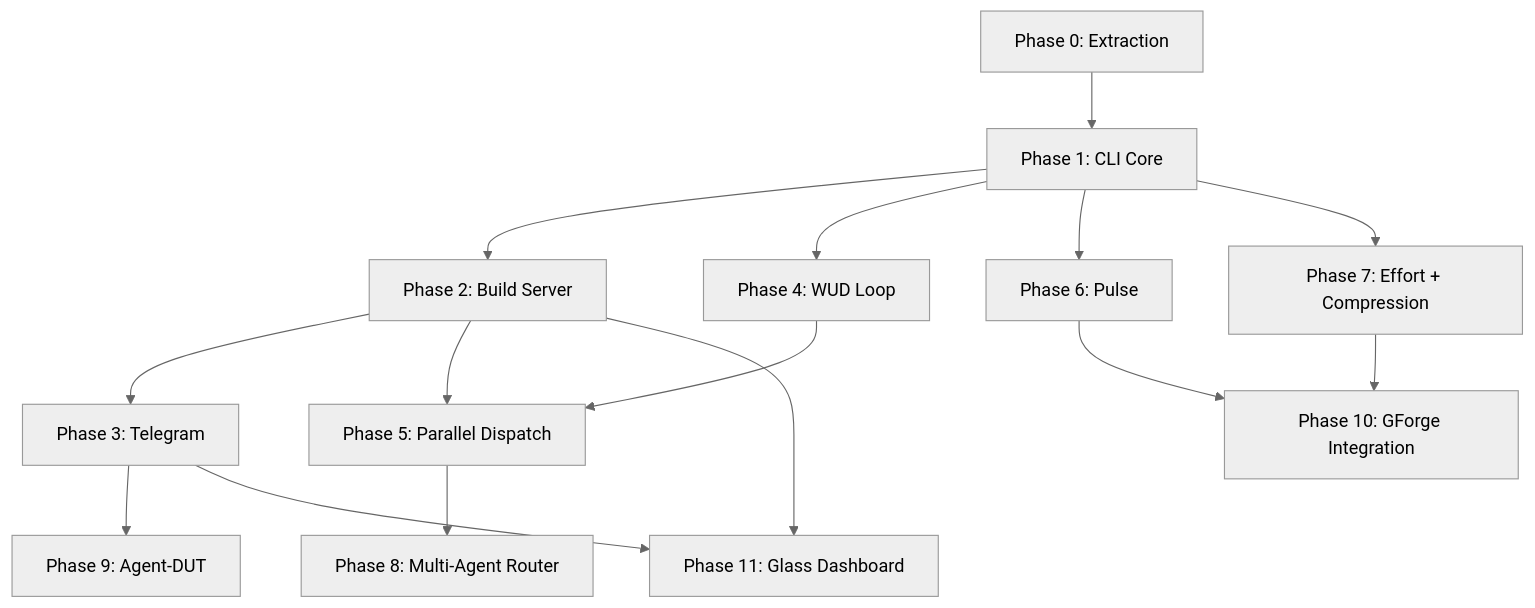
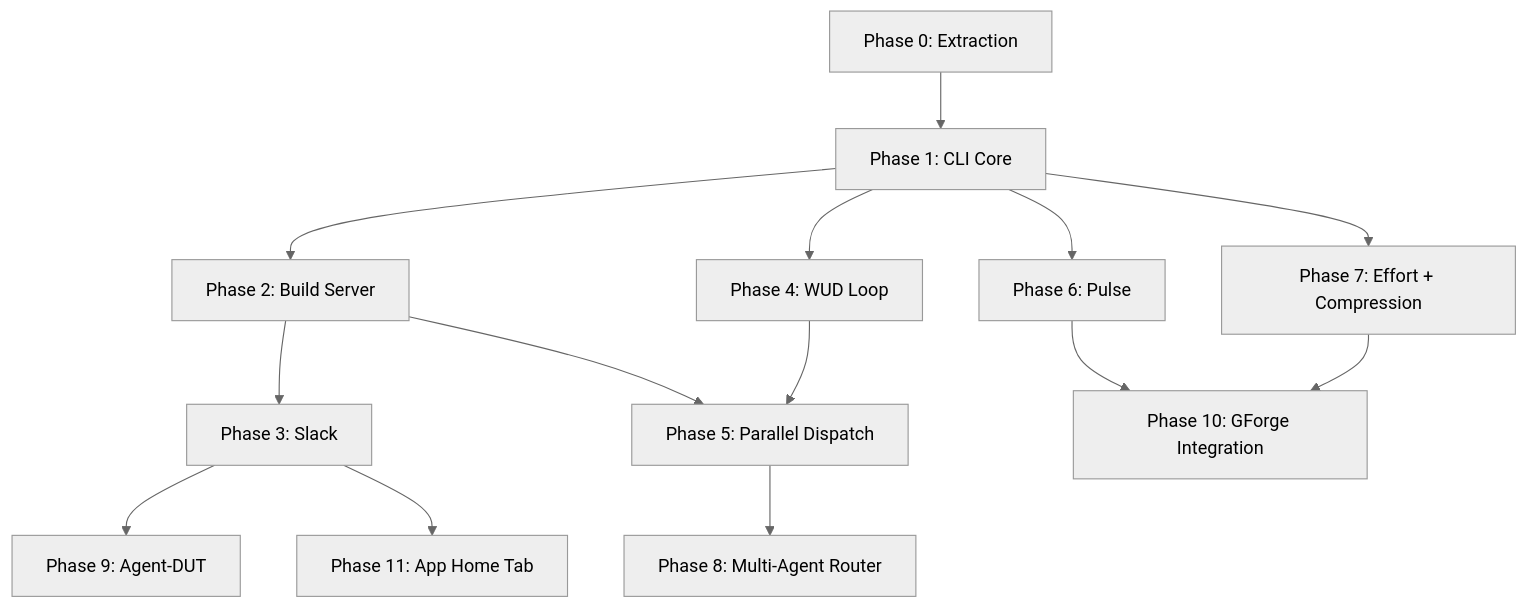
Before and after one commit to gforge-esc/gwrk: the diagram in specs/000-build-plan.md, drawn with Mermaid (neutral theme). The commit also changed other lines of this file and 30 other files, not shown here.

````diff
--- a/specs/000-build-plan.md
+++ b/specs/000-build-plan.md
@@ -10,17 +11,16 @@
 ```mermaid
 graph TD
     P0[Phase 0: Extraction] --> P1[Phase 1: CLI Core]
     P1 --> P2[Phase 2: Build Server]
     P1 --> P4[Phase 4: WUD Loop]
-    P2 --> P3[Phase 3: Telegram]
+    P2 --> P3[Phase 3: Slack]
     P2 --> P5[Phase 5: Parallel Dispatch]
     P4 --> P5
     P1 --> P6[Phase 6: Pulse]
     P1 --> P7[Phase 7: Effort + Compression]
     P5 --> P8[Phase 8: Multi-Agent Router]
     P3 --> P9[Phase 9: Agent-DUT]
     P6 --> P10[Phase 10: GForge Integration]
     P7 --> P10
-    P2 --> P11[Phase 11: Glass Dashboard]
-    P3 --> P11
+    P3 --> P11[Phase 11: App Home Tab]
 ```
````
